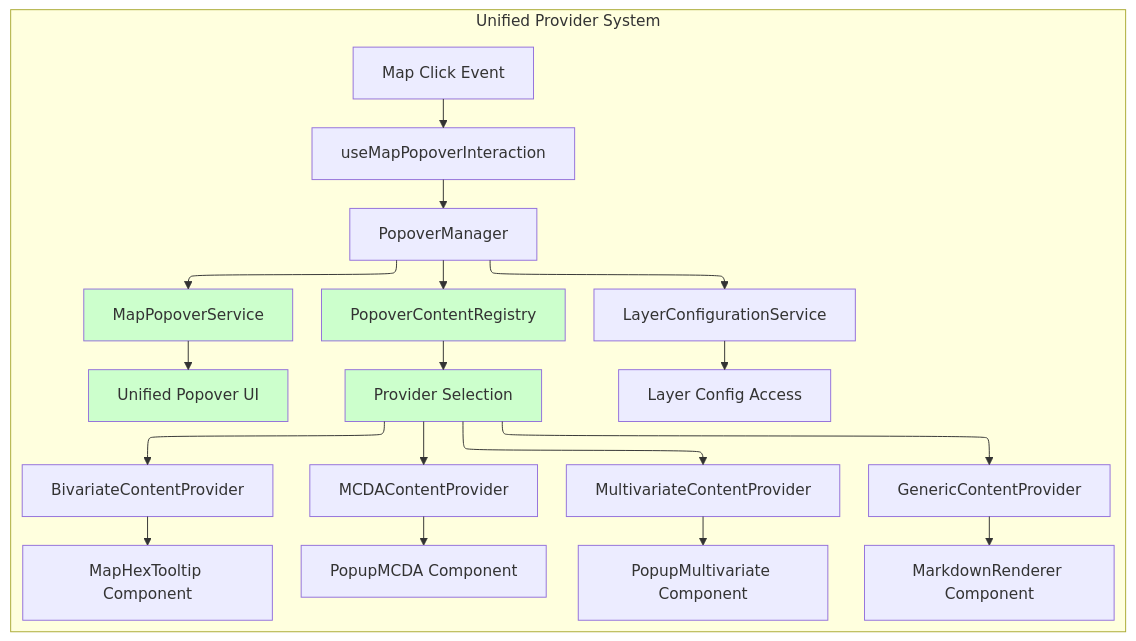
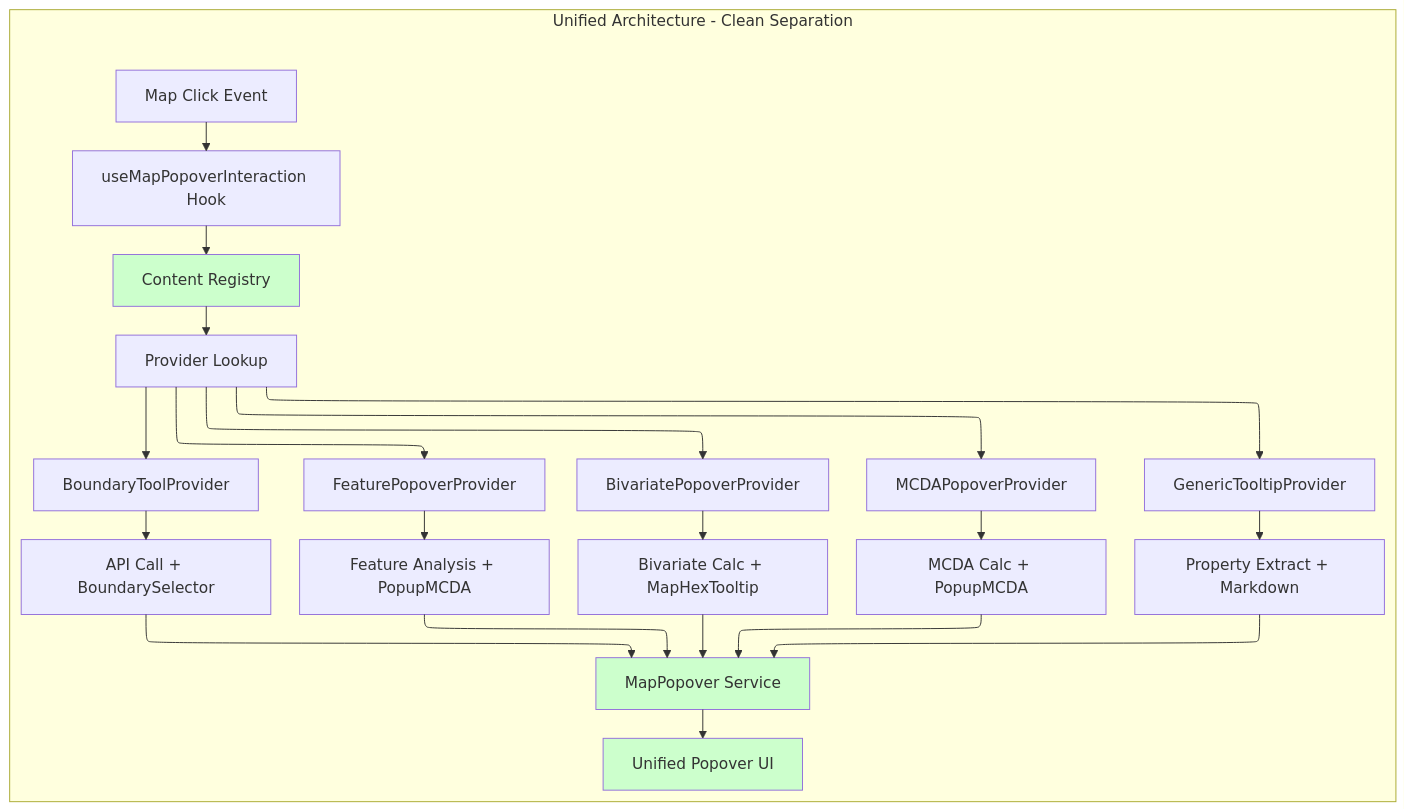
One commit to konturio/disaster-ninja-fe changed the second of 2 diagrams in docs/architecture/ADR-001-MapPopover-Migration-Architecture.md. Above: the diagram before and after it, drawn with Mermaid. The commit also changed other lines of this file and 5 other files, not shown here.

````diff
--- a/docs/architecture/ADR-001-MapPopover-Migration-Architecture.md
+++ b/docs/architecture/ADR-001-MapPopover-Migration-Architecture.md
@@ -107,34 +74,36 @@
 ```mermaid
 ---
 config:
   layout: elk
 ---
 graph TD
-    subgraph "Unified Provider System"
-        A["Map Click Event"] --> B["useMapPopoverInteraction"]
-        B --> C["PopoverManager"]
-        C --> D["PopoverContentRegistry"]
-        D --> E["Provider Selection"]
+    subgraph "Unified Architecture - Clean Separation"
+        A["Map Click Event"] --> B["useMapPopoverInteraction Hook"]
+        B --> C["Content Registry"]
+        C --> D["Provider Lookup"]
 
-        E --> F["MCDAContentProvider"]
-        E --> G["MultivariateContentProvider"]
-        E --> H["BivariateContentProvider"]
-        E --> I["GenericContentProvider"]
+        D --> E["FeaturePopoverProvider"]
+        D --> F["BivariatePopoverProvider"]
+        D --> G["MCDAPopoverProvider"]
+        D --> H["GenericTooltipProvider"]
+        D --> I["BoundaryToolProvider"]
 
-        F --> J["PopupMCDA Component"]
-        G --> K["PopupMultivariate Component"]
-        H --> L["MapHexTooltip Component"]
-        I --> M["MarkdownRenderer Component"]
+        E --> J["Feature Analysis + PopupMCDA"]
+        F --> K["Bivariate Calc + MapHexTooltip"]
+        G --> L["MCDA Calc + PopupMCDA"]
+        H --> M["Property Extract + Markdown"]
+        I --> N["API Call + BoundarySelector"]
 
-        C --> N["LayerConfigurationService"]
-        N --> O["Layer Config Access"]
+        J --> O["MapPopover Service"]
+        K --> O
+        L --> O
+        M --> O
+        N --> O
 
-        C --> P["MapPopoverService"]
-        P --> Q["Unified Popover UI"]
+        O --> P["Unified Popover UI"]
 
-        style D fill:#ccffcc
-        style E fill:#ccffcc
+        style C fill:#ccffcc
+        style O fill:#ccffcc
         style P fill:#ccffcc
-        style Q fill:#ccffcc
     end
 ```
````
